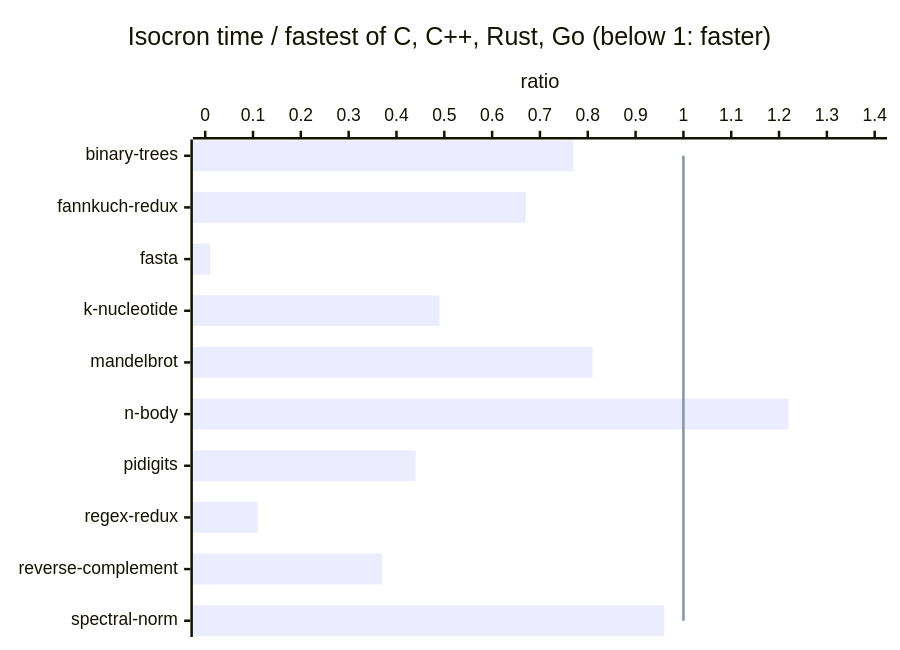
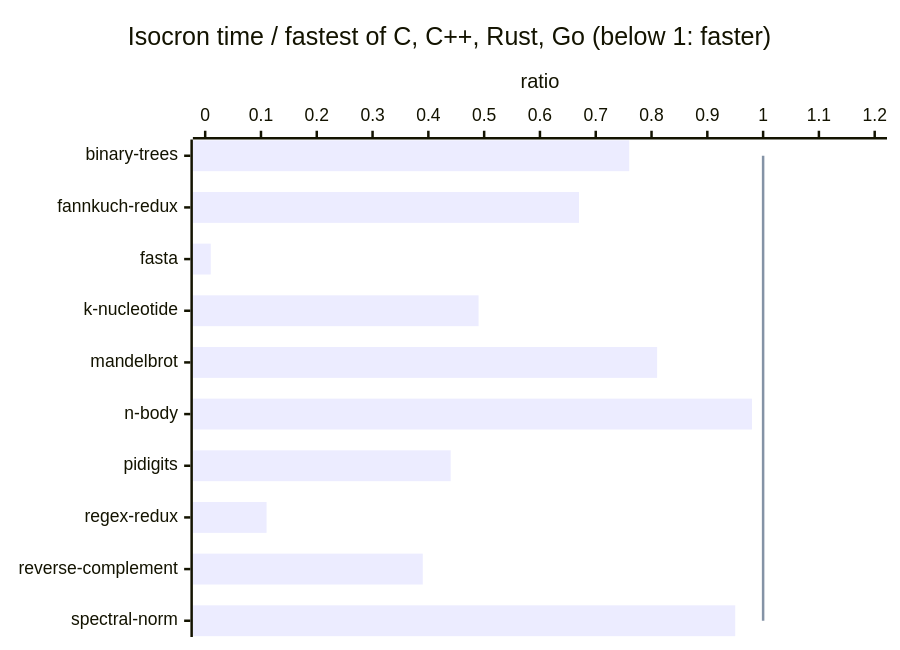
The diagram in results/benchmarks_game.md (jbillard/isocron), drawn with Mermaid before and after one commit. The commit also changed other lines of this file and 7 other files, not shown here.

````diff
--- a/results/benchmarks_game.md
+++ b/results/benchmarks_game.md
@@ -23,8 +23,8 @@
 ```mermaid
 xychart-beta horizontal
     title "Isocron time / fastest of C, C++, Rust, Go (below 1: faster)"
     x-axis ["binary-trees", "fannkuch-redux", "fasta", "k-nucleotide", "mandelbrot", "n-body", "pidigits", "regex-redux", "reverse-complement", "spectral-norm"]
-    y-axis "ratio" 0 --> 1.4
-    bar [0.77, 0.67, 0.01, 0.49, 0.81, 1.22, 0.44, 0.11, 0.37, 0.96]
+    y-axis "ratio" 0 --> 1.2
+    bar [0.76, 0.67, 0.01, 0.49, 0.81, 0.98, 0.44, 0.11, 0.39, 0.95]
     line [1.00, 1.00, 1.00, 1.00, 1.00, 1.00, 1.00, 1.00, 1.00, 1.00]
 ```
````
